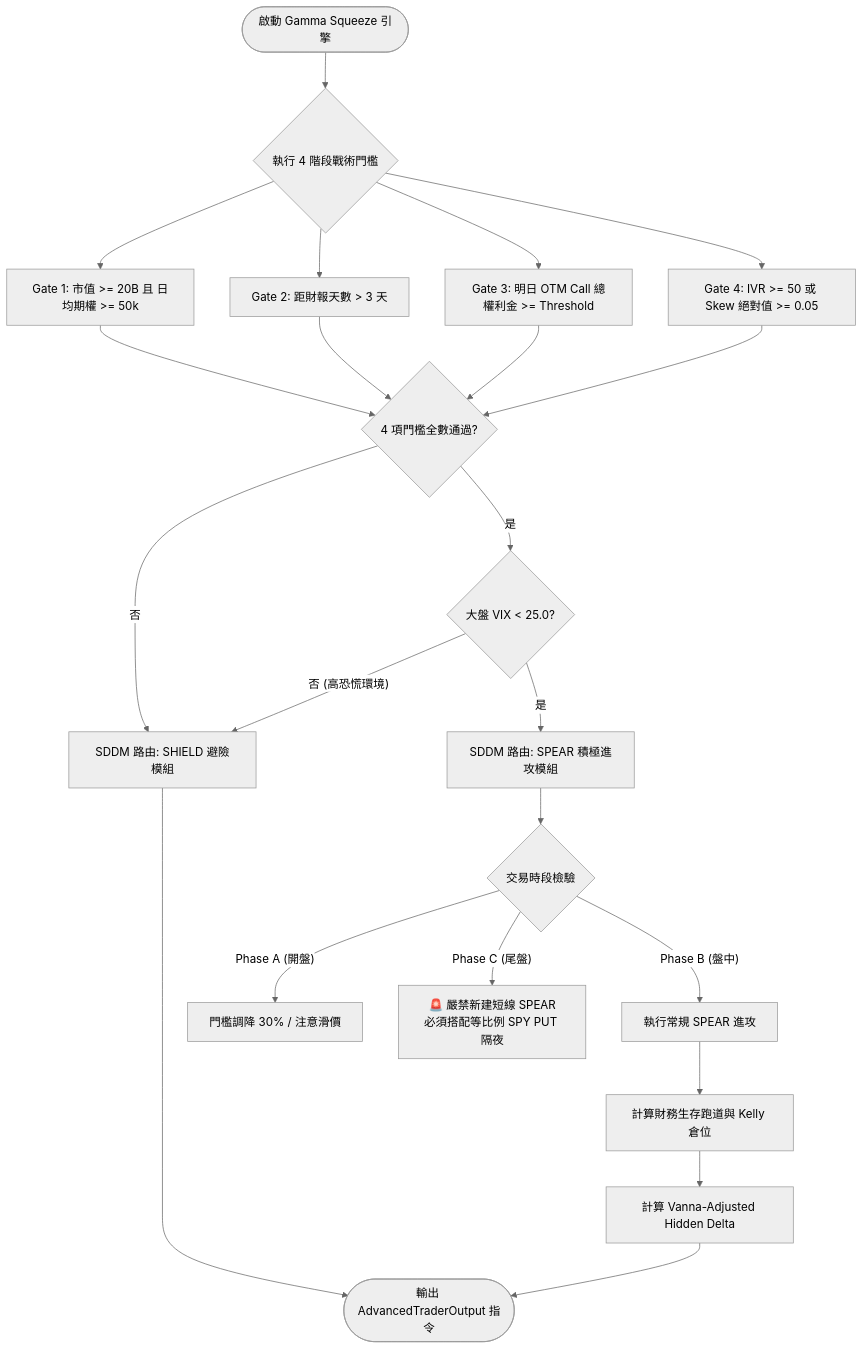
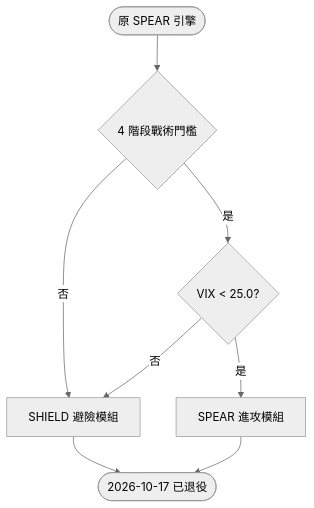
Before and after one commit to cosmo-chang-1701/nexus-seeker: the diagram in docs/microstructure/06_gamma_squeeze_engine_and_spear.md, drawn with Mermaid (neutral theme). The commit also changed other lines of this file and 9 other files, not shown here.

````diff
--- a/docs/microstructure/06_gamma_squeeze_engine_and_spear.md
+++ b/docs/microstructure/06_gamma_squeeze_engine_and_spear.md
@@ -178,28 +61,10 @@
 ```mermaid
 flowchart TD
-    Start([啟動 Gamma Squeeze 引擎]) --> GateValidation{執行 4 階段戰術門檻}
-
-    GateValidation --> G1[Gate 1: 市值 >= 20B 且 日均期權 >= 50k]
-    GateValidation --> G2[Gate 2: 距財報天數 > 3 天]
-    GateValidation --> G3[Gate 3: 明日 OTM Call 總權利金 >= Threshold]
-    GateValidation --> G4[Gate 4: IVR >= 50 或 Skew 絕對值 >= 0.05]
-
-    G1 & G2 & G3 & G4 --> AllGatesPassed{4 項門檻全數通過?}
-
-    AllGatesPassed -- 否 --> RouteShield[SDDM 路由: SHIELD 避險模組]
-    AllGatesPassed -- 是 --> CheckVIX{大盤 VIX < 25.0?}
-
-    CheckVIX -- 否 (高恐慌環境) --> RouteShield
-    CheckVIX -- 是 --> RouteSpear[SDDM 路由: SPEAR 積極進攻模組]
-
-    RouteSpear --> PhaseCheck{交易時段檢驗}
-    PhaseCheck -- "Phase A (開盤)" --> PhaseAAction[門檻調降 30% / 注意滑價]
-    PhaseCheck -- "Phase C (尾盤)" --> PhaseCAlert["🚨 嚴禁新建短線 SPEAR<br/>必須搭配等比例 SPY PUT 隔夜"]
-    PhaseCheck -- "Phase B (盤中)" --> NormalSpear[執行常規 SPEAR 進攻]
-
-    NormalSpear --> PositionRunway[計算財務生存跑道與 Kelly 倉位]
-    PositionRunway --> CalcHiddenDelta[計算 Vanna-Adjusted Hidden Delta]
-    CalcHiddenDelta --> OutputInstruction([輸出 AdvancedTraderOutput 指令])
-
-    RouteShield --> OutputInstruction
+    Start([原 SPEAR 引擎]) --> Gates{4 階段戰術門檻}
+    Gates -- 否 --> Shield[SHIELD 避險模組]
+    Gates -- 是 --> Vix{VIX < 25.0?}
+    Vix -- 否 --> Shield
+    Vix -- 是 --> Spear[SPEAR 進攻模組]
+    Spear --> Retired([2026-10-17 已退役])
+    Shield --> Retired
 ```
````
